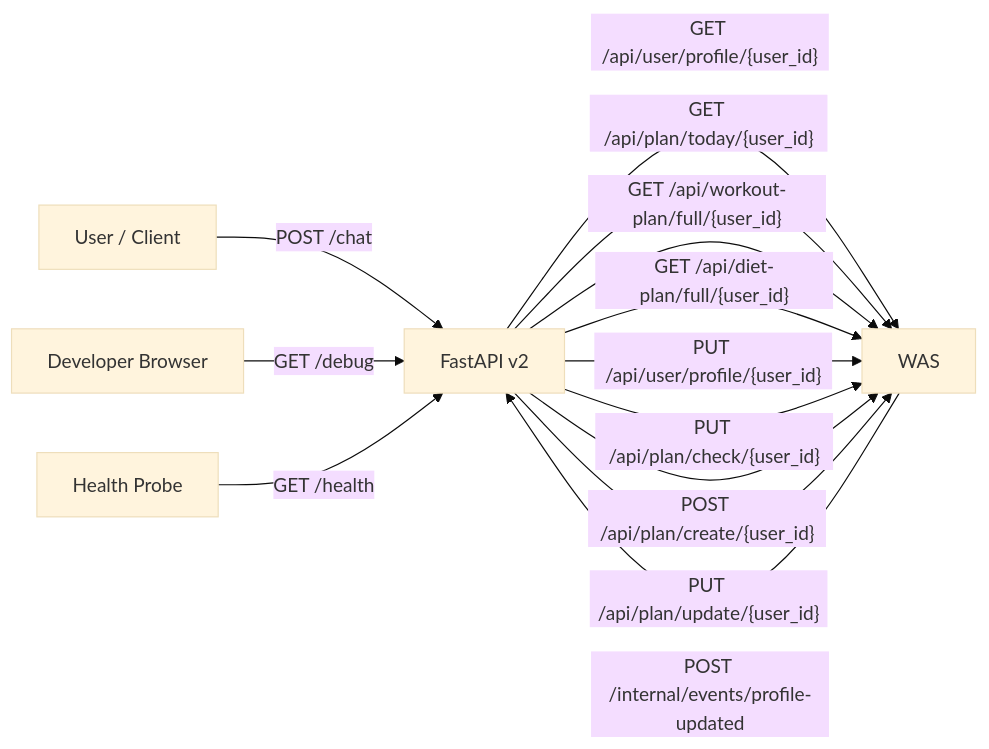
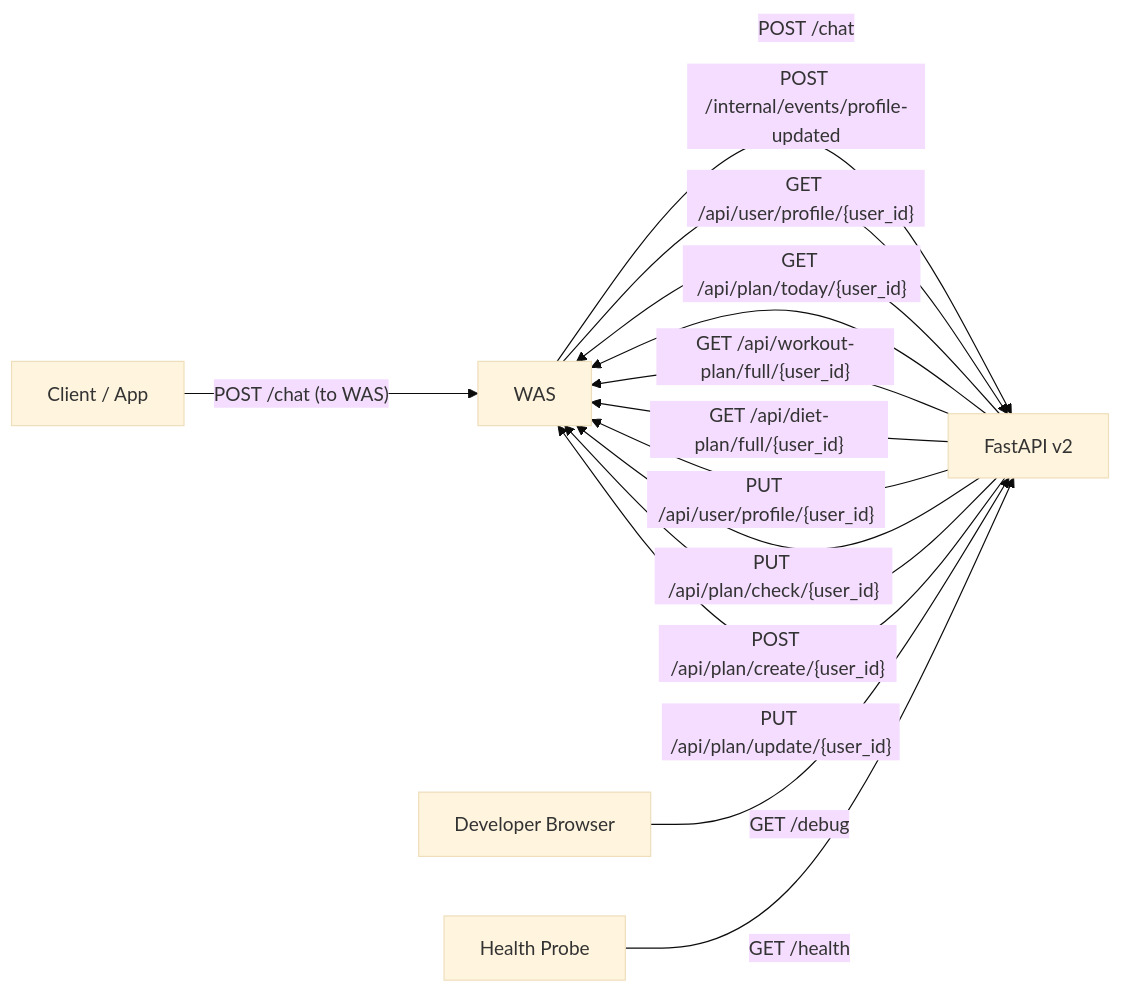
The first of 5 diagrams in develop/ai-model/v2/docs/api_specification.md (WinLike-dev/capstone_2team), drawn with Mermaid (base theme) before and after one commit. The commit also changed other lines of this file and 44 other files, not shown here.

````diff
--- a/develop/ai-model/v2/docs/api_specification.md
+++ b/develop/ai-model/v2/docs/api_specification.md
@@ -12,17 +12,18 @@
 ```mermaid
 flowchart LR
-    User["User / Client"] -->|"POST /chat"| FastAPI["FastAPI v2"]
+    Client["Client / App"] -->|"POST /chat (to WAS)"| WAS["WAS"]
+    WAS -->|"POST /chat"| FastAPI["FastAPI v2"]
     Browser["Developer Browser"] -->|"GET /debug"| FastAPI
     Monitor["Health Probe"] -->|"GET /health"| FastAPI
 
-    WAS["WAS"] -->|"POST /internal/events/profile-updated"| FastAPI
+    WAS -->|"POST /internal/events/profile-updated"| FastAPI
 
     FastAPI -->|"GET /api/user/profile/{user_id}"| WAS
     FastAPI -->|"GET /api/plan/today/{user_id}"| WAS
     FastAPI -->|"GET /api/workout-plan/full/{user_id}"| WAS
     FastAPI -->|"GET /api/diet-plan/full/{user_id}"| WAS
     FastAPI -->|"PUT /api/user/profile/{user_id}"| WAS
     FastAPI -->|"PUT /api/plan/check/{user_id}"| WAS
     FastAPI -->|"POST /api/plan/create/{user_id}"| WAS
     FastAPI -->|"PUT /api/plan/update/{user_id}"| WAS
 ```
````
